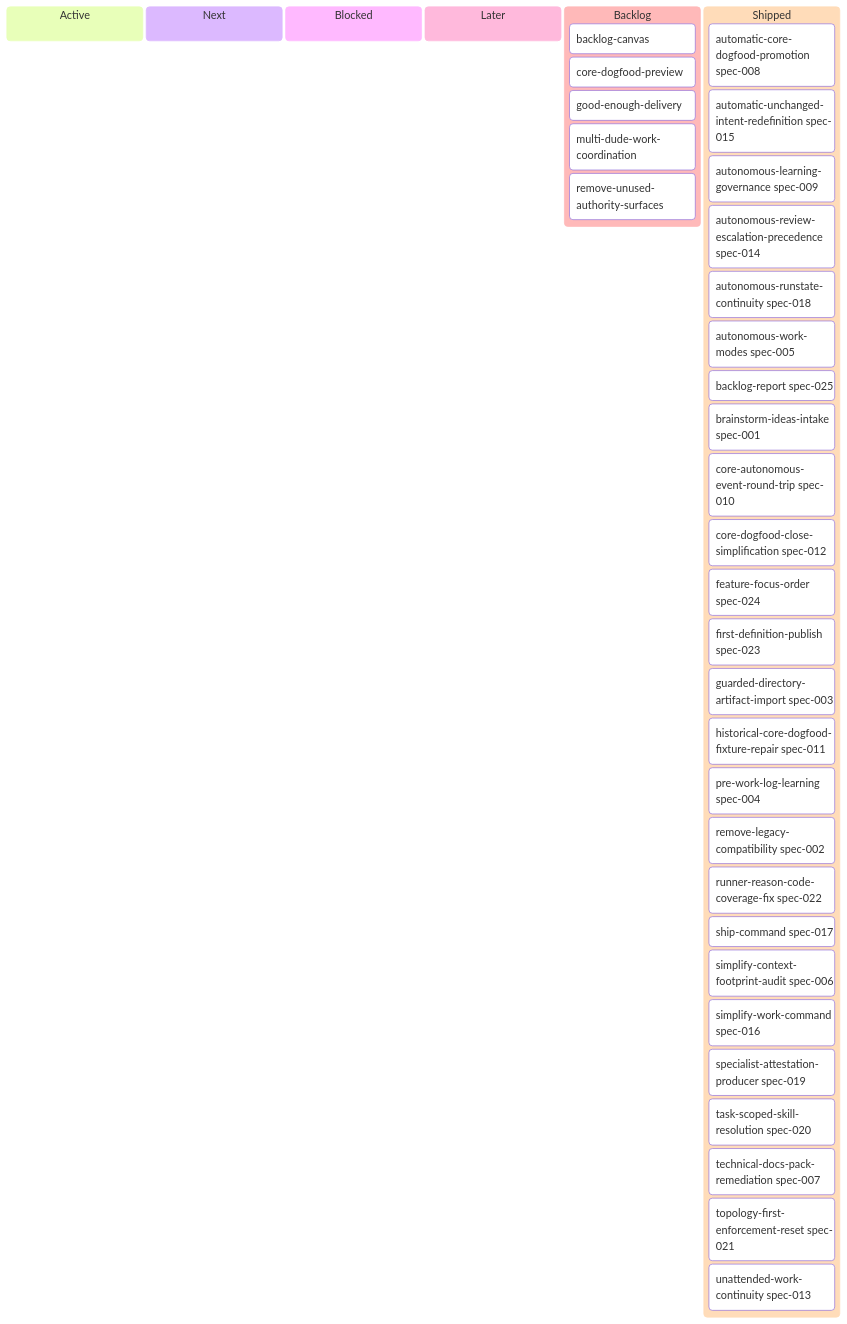
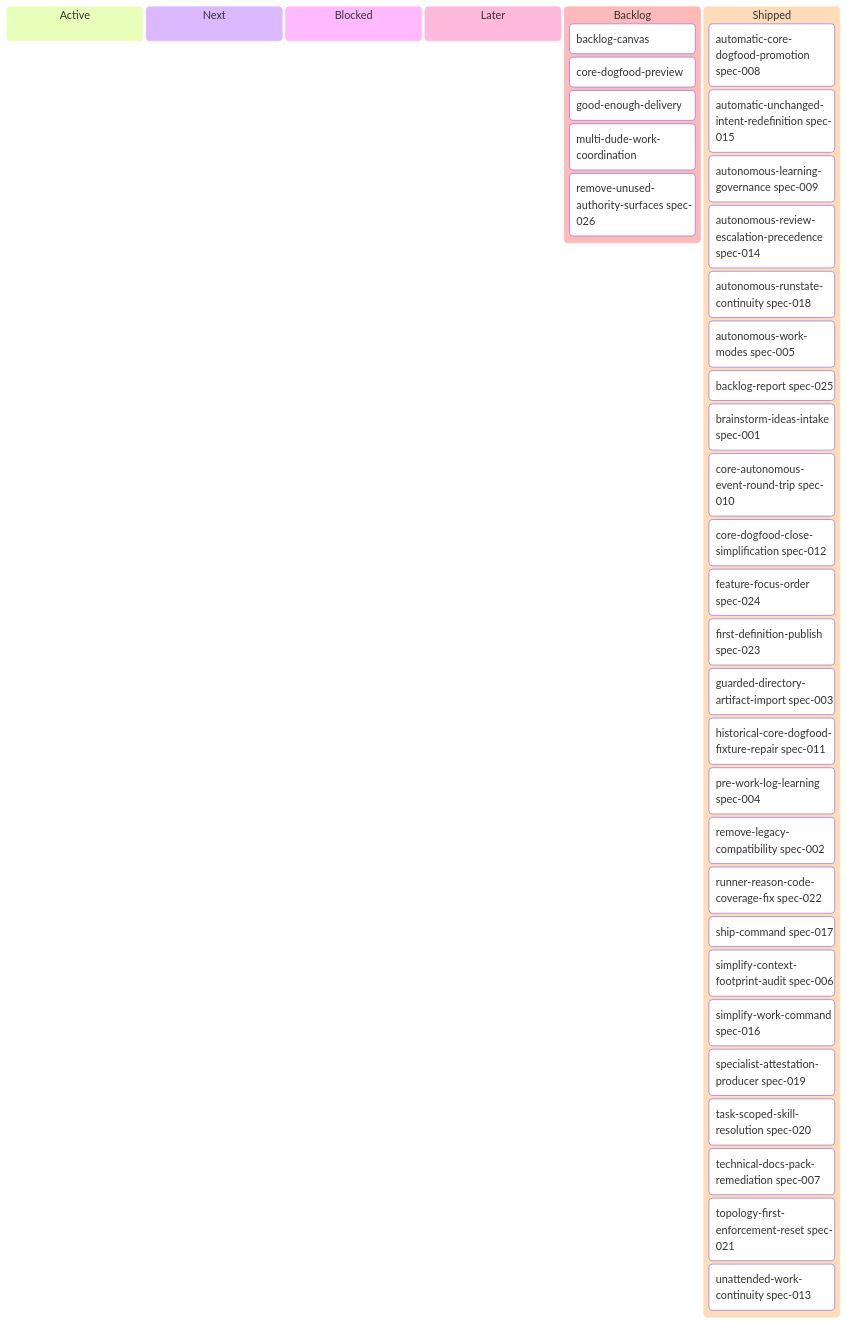
The diagram in .dude/backlog.md (E-G-C/dude), drawn with Mermaid before and after one commit. The commit also changed other lines of this file and 5 other files, not shown here.

First line of the commit message:
docs(026): define unused authority surface deletion

````diff
--- a/.dude/backlog.md
+++ b/.dude/backlog.md
@@ -59,39 +59,39 @@
 ```mermaid
 kanban
   active[Active]
   next[Next]
   blocked[Blocked]
   later[Later]
   backlog[Backlog]
     backlog-canvas[backlog-canvas]
     core-dogfood-preview[core-dogfood-preview]
     good-enough-delivery[good-enough-delivery]
     multi-dude-work-coordination[multi-dude-work-coordination]
-    remove-unused-authority-surfaces[remove-unused-authority-surfaces]
+    remove-unused-authority-surfaces[remove-unused-authority-surfaces spec-026]
   shipped[Shipped]
     automatic-core-dogfood-promotion[automatic-core-dogfood-promotion spec-008]
     automatic-unchanged-intent-redefinition[automatic-unchanged-intent-redefinition spec-015]
     autonomous-learning-governance[autonomous-learning-governance spec-009]
     autonomous-review-escalation-precedence[autonomous-review-escalation-precedence spec-014]
     autonomous-runstate-continuity[autonomous-runstate-continuity spec-018]
     autonomous-work-modes[autonomous-work-modes spec-005]
     backlog-report[backlog-report spec-025]
     brainstorm-ideas-intake[brainstorm-ideas-intake spec-001]
     core-autonomous-event-round-trip[core-autonomous-event-round-trip spec-010]
     core-dogfood-close-simplification[core-dogfood-close-simplification spec-012]
     feature-focus-order[feature-focus-order spec-024]
     first-definition-publish[first-definition-publish spec-023]
     guarded-directory-artifact-import[guarded-directory-artifact-import spec-003]
     historical-core-dogfood-fixture-repair[historical-core-dogfood-fixture-repair spec-011]
     pre-work-log-learning[pre-work-log-learning spec-004]
     remove-legacy-compatibility[remove-legacy-compatibility spec-002]
     runner-reason-code-coverage-fix[runner-reason-code-coverage-fix spec-022]
     ship-command[ship-command spec-017]
     simplify-context-footprint-audit[simplify-context-footprint-audit spec-006]
     simplify-work-command[simplify-work-command spec-016]
     specialist-attestation-producer[specialist-attestation-producer spec-019]
     task-scoped-skill-resolution[task-scoped-skill-resolution spec-020]
     technical-docs-pack-remediation[technical-docs-pack-remediation spec-007]
     topology-first-enforcement-reset[topology-first-enforcement-reset spec-021]
     unattended-work-continuity[unattended-work-continuity spec-013]
 ```
````
